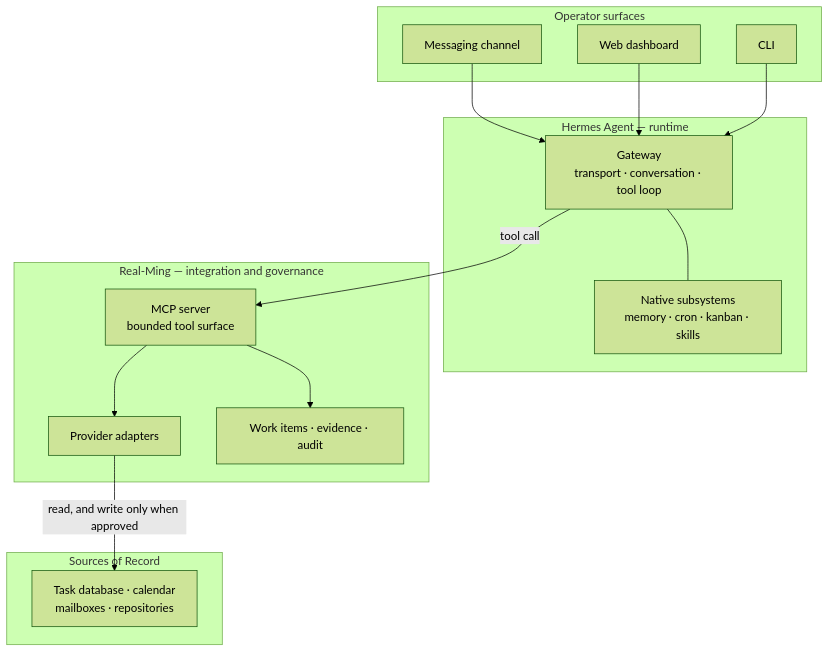
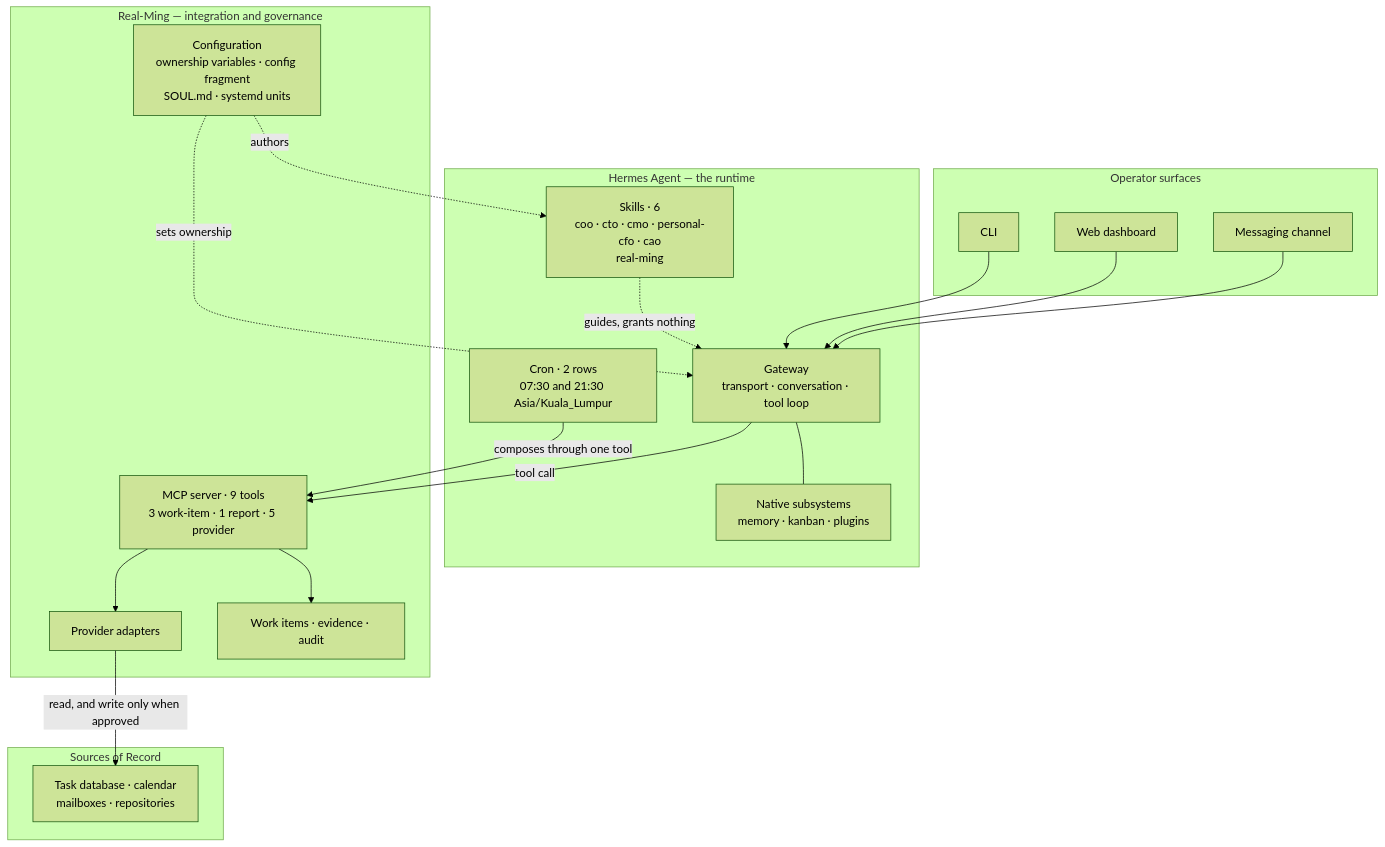
Before and after one commit to pmgwee/real-ming: the diagram in README.md, drawn with Mermaid (forest theme). The commit also changed other lines of this file, not shown here.

First paragraph of the commit message:
docs: put all four mechanisms in the architecture diagram
The diagram showed one arrow -- the tool call -- so a reader could only
conclude that Real-Ming is an MCP server. It ships four things, and the
other three were visible only in a table underneath.

````diff
--- a/README.md
+++ b/README.md
@@ -66,32 +66,39 @@
 ```mermaid
 flowchart TB
     subgraph S["Operator surfaces"]
         TG["Messaging channel"]
         DB["Web dashboard"]
         CLI["CLI"]
     end
 
-    subgraph H["Hermes Agent — runtime"]
+    subgraph H["Hermes Agent — the runtime"]
         GW["Gateway<br/>transport · conversation · tool loop"]
-        NAT["Native subsystems<br/>memory · cron · kanban · skills"]
+        NAT["Native subsystems<br/>memory · kanban · plugins"]
+        SK["Skills · 6<br/>coo · cto · cmo · personal-cfo · cao<br/>real-ming"]
+        CRON["Cron · 2 rows<br/>07:30 and 21:30 Asia/Kuala_Lumpur"]
     end
 
     subgraph R["Real-Ming — integration and governance"]
-        MCP["MCP server<br/>bounded tool surface"]
+        CFG["Configuration<br/>ownership variables · config fragment<br/>SOUL.md · systemd units"]
+        MCP["MCP server · 9 tools<br/>3 work-item · 1 report · 5 provider"]
         ADP["Provider adapters"]
         EV["Work items · evidence · audit"]
     end
 
     subgraph SOR["Sources of Record"]
         EXT["Task database · calendar<br/>mailboxes · repositories"]
     end
 
     TG --> GW
     DB --> GW
     CLI --> GW
     GW --- NAT
-    GW -->|tool call| MCP
+    CFG -.->|"sets ownership"| GW
+    CFG -.->|"authors"| SK
+    SK -.->|"guides, grants nothing"| GW
+    GW -->|"tool call"| MCP
+    CRON -->|"composes through one tool"| MCP
     MCP --> ADP
-    ADP -->|read, and write only when approved| EXT
+    ADP -->|"read, and write only when approved"| EXT
     MCP --> EV
 ```
````
